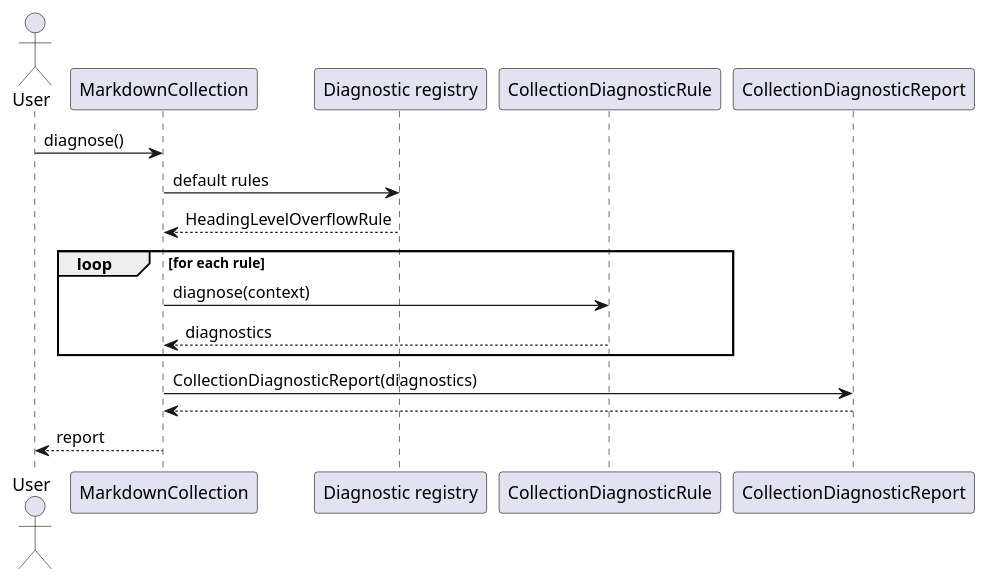
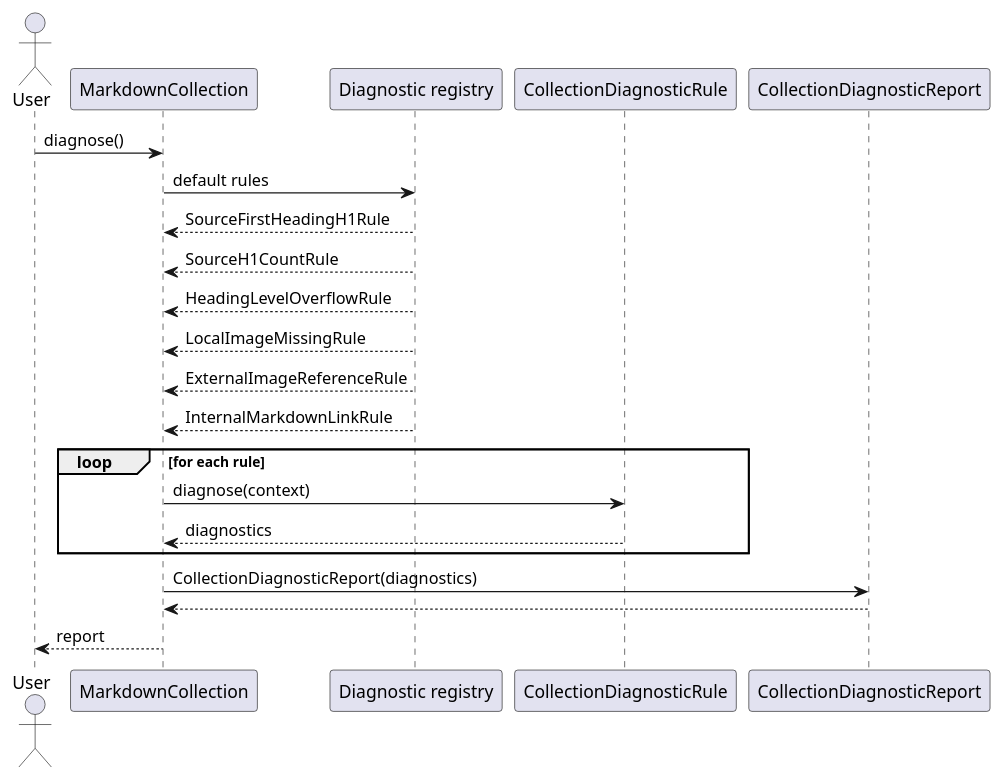
Before and after one commit to antoinebarre/scribpy: the fifth of 6 diagrams in doc/architecture-core.md, drawn with PlantUML. The commit also changed other lines of this file and 19 other files, not shown here.

````diff
--- a/doc/architecture-core.md
+++ b/doc/architecture-core.md
@@ -279,20 +296,25 @@
 ```plantuml
 @startuml
 actor User
 participant "MarkdownCollection" as Collection
 participant "Diagnostic registry" as Registry
 participant "CollectionDiagnosticRule" as Rule
 participant "CollectionDiagnosticReport" as Report
 
 User -> Collection : diagnose()
 Collection -> Registry : default rules
+Registry --> Collection : SourceFirstHeadingH1Rule
+Registry --> Collection : SourceH1CountRule
 Registry --> Collection : HeadingLevelOverflowRule
+Registry --> Collection : LocalImageMissingRule
+Registry --> Collection : ExternalImageReferenceRule
+Registry --> Collection : InternalMarkdownLinkRule
 loop for each rule
   Collection -> Rule : diagnose(context)
   Rule --> Collection : diagnostics
 end
 Collection -> Report : CollectionDiagnosticReport(diagnostics)
 Report --> Collection
 Collection --> User : report
 @enduml
 ```
````
